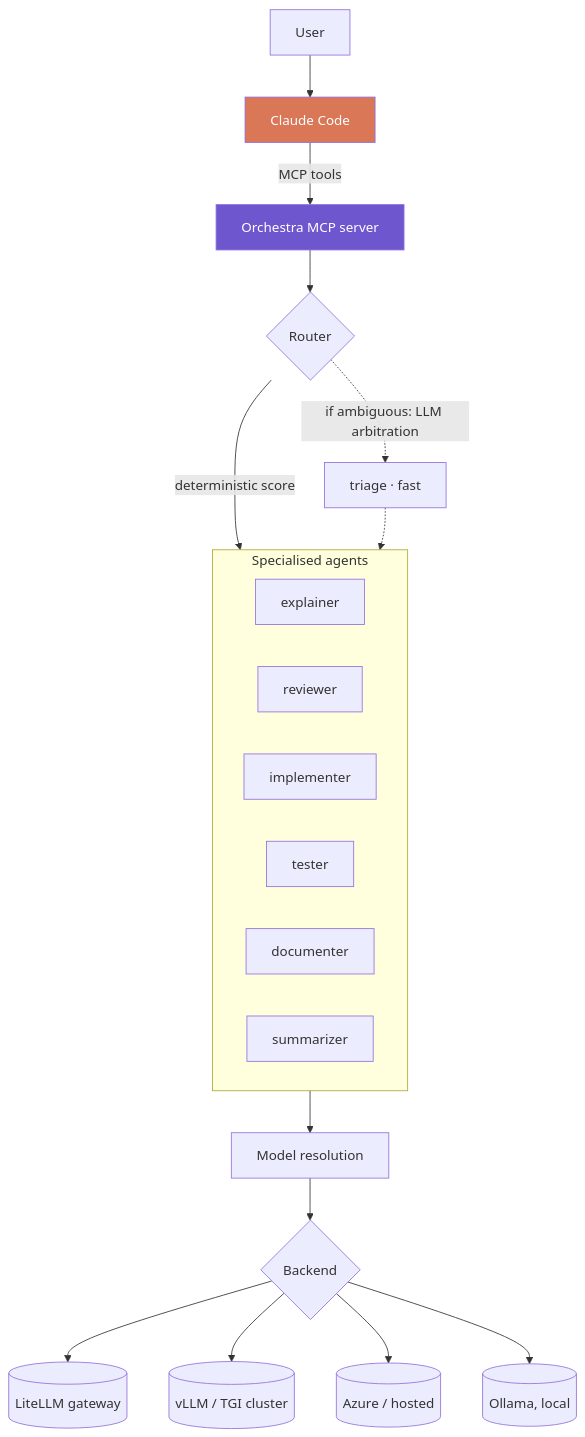
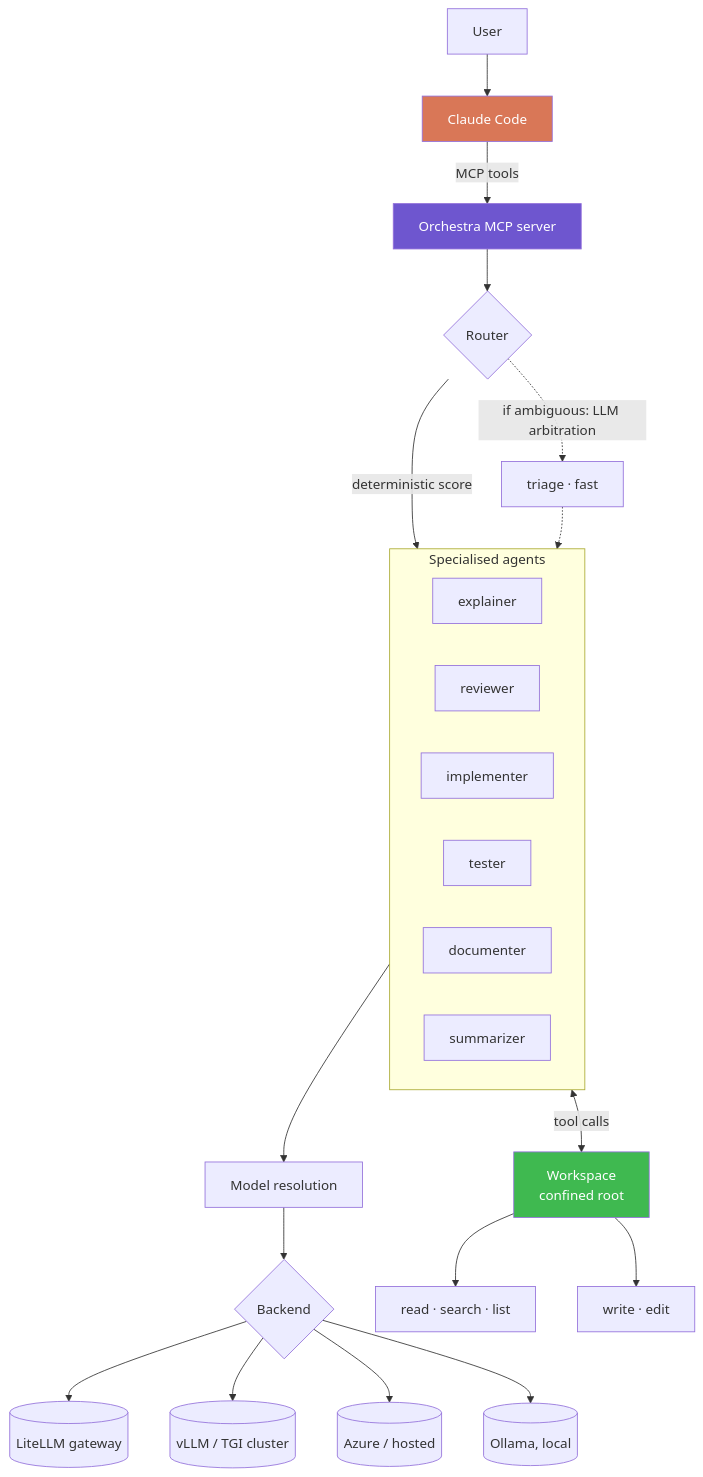
The diagram in README.md (MMatice/orchestra), drawn with Mermaid before and after one commit. The commit also changed other lines of this file and 29 other files, not shown here.

````diff
--- a/README.md
+++ b/README.md
@@ -63,30 +70,35 @@
 ```mermaid
 flowchart TB
     U[User] --> C[Claude Code]
     C -->|MCP tools| O[Orchestra MCP server]
 
     O --> R{Router}
     R -->|deterministic score| A
     R -.->|if ambiguous: LLM arbitration| T[triage · fast]
     T -.-> A
 
     subgraph A[Specialised agents]
         direction LR
         A1[explainer]
         A2[reviewer]
         A3[implementer]
         A4[tester]
         A5[documenter]
         A6[summarizer]
     end
 
     A --> P[Model resolution]
     P --> B{Backend}
     B --> B1[(LiteLLM gateway)]
     B --> B2[(vLLM / TGI cluster)]
     B --> B3[(Azure / hosted)]
     B --> B4[(Ollama, local)]
 
+    A <-->|tool calls| W[Workspace<br/>confined root]
+    W --> W1[read · search · list]
+    W --> W2[write · edit]
+
     style C fill:#D97757,color:#fff
     style O fill:#6E56CF,color:#fff
+    style W fill:#3FB950,color:#fff
 ```
````
